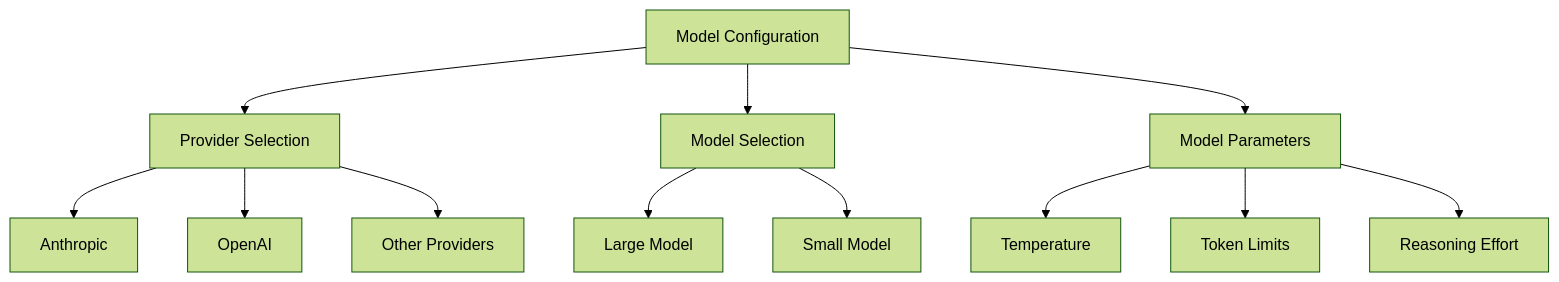
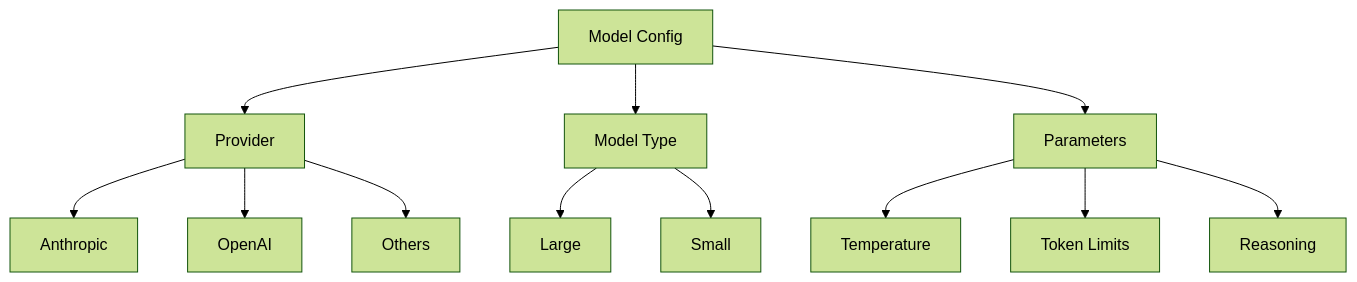
The second of 2 diagrams in src/system-prompts-and-model-settings.md (Szermer/QED), drawn with Mermaid (forest theme) before and after one commit. The commit also changed other lines of this file and 1 other file, not shown here.

````diff
--- a/src/system-prompts-and-model-settings.md
+++ b/src/system-prompts-and-model-settings.md
@@ -284,17 +208,17 @@
 ```mermaid
 graph TD
-    A[Model Configuration] --> B[Provider Selection]
-    A --> C[Model Selection]
-    A --> D[Model Parameters]
+    A[Model Config] --> B[Provider]
+    A --> C[Model Type]
+    A --> D[Parameters]
     
     B --> B1[Anthropic]
     B --> B2[OpenAI]
-    B --> B3[Other Providers]
+    B --> B3[Others]
     
-    C --> C1[Large Model]
-    C --> C2[Small Model]
+    C --> C1[Large]
+    C --> C2[Small]
     
     D --> D1[Temperature]
     D --> D2[Token Limits]
-    D --> D3[Reasoning Effort]
+    D --> D3[Reasoning]
 ```
````
